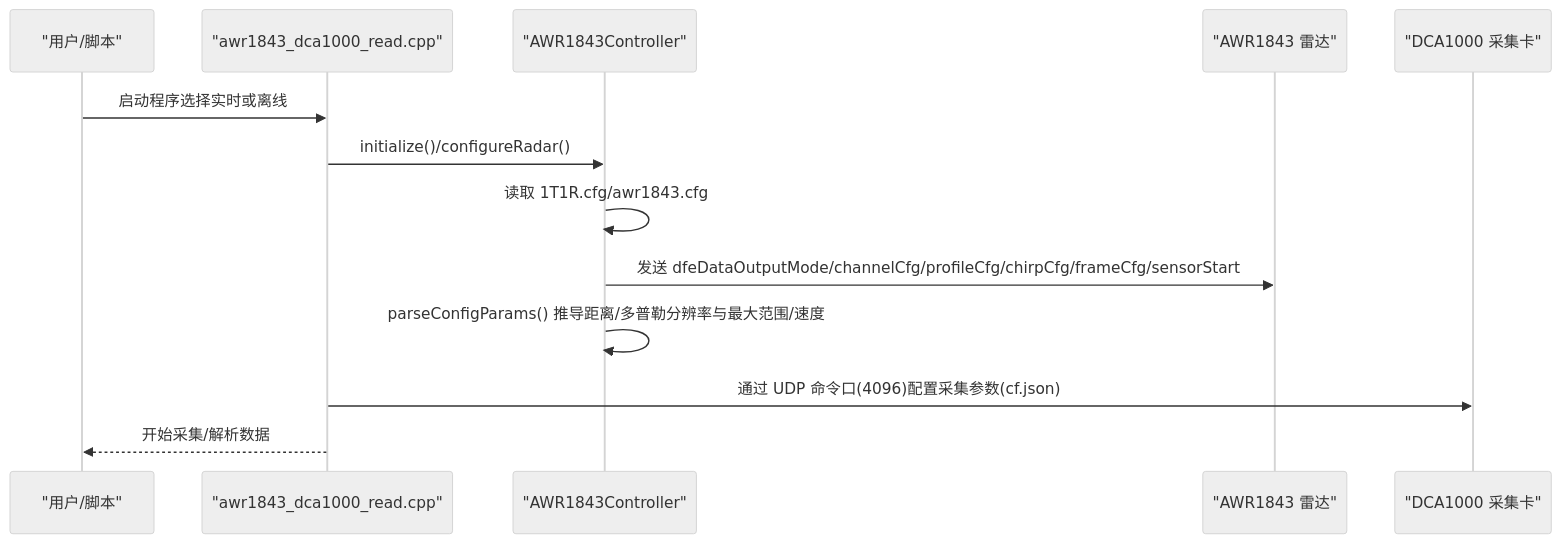
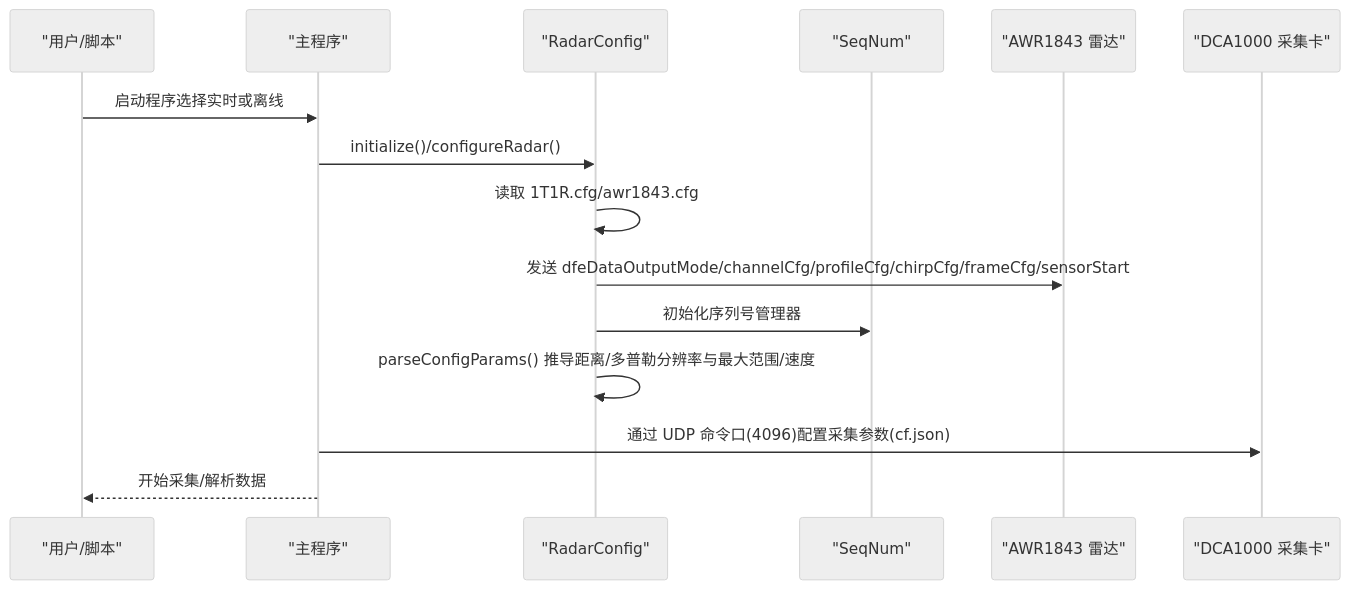
Before and after one commit to Lukad77/awr1843-radar-toolkit: the second of 4 diagrams in .qoder/repowiki/zh/content/雷达与采集参数配置文件.md, drawn with Mermaid (neutral theme). The commit also changed other lines of this file and 5 other files, not shown here.

````diff
--- a/.qoder/repowiki/zh/content/雷达与采集参数配置文件.md
+++ b/.qoder/repowiki/zh/content/雷达与采集参数配置文件.md
@@ -90,15 +93,17 @@
 ```mermaid
 sequenceDiagram
 participant User as "用户/脚本"
-participant Main as "awr1843_dca1000_read.cpp"
-participant Ctrl as "AWR1843Controller"
+participant Main as "主程序"
+participant Ctrl as "RadarConfig"
+participant Seq as "SeqNum"
 participant Radar as "AWR1843 雷达"
 participant DCA as "DCA1000 采集卡"
 User->>Main : 启动程序选择实时或离线
 Main->>Ctrl : initialize()/configureRadar()
 Ctrl->>Ctrl : 读取 1T1R.cfg/awr1843.cfg
 Ctrl->>Radar : 发送 dfeDataOutputMode/channelCfg/profileCfg/chirpCfg/frameCfg/sensorStart
+Ctrl->>Seq : 初始化序列号管理器
 Ctrl->>Ctrl : parseConfigParams() 推导距离/多普勒分辨率与最大范围/速度
 Main->>DCA : 通过 UDP 命令口(4096)配置采集参数(cf.json)
 Main-->>User : 开始采集/解析数据
 ```
````
